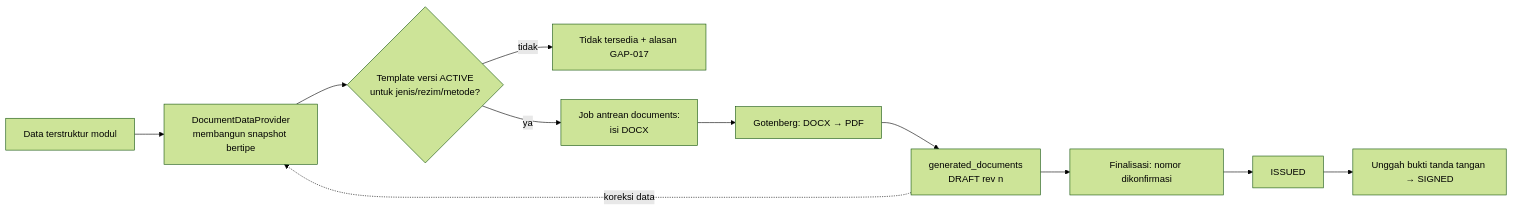
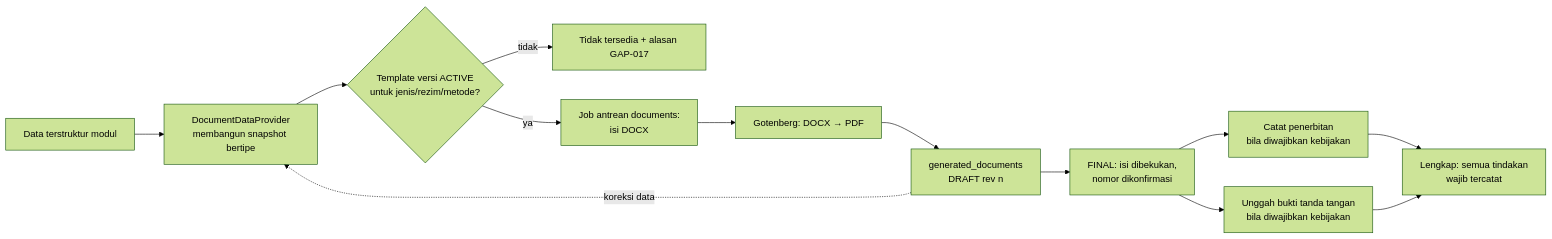
The diagram in docs/04-architecture/DOCUMENT_ENGINE.md (yusufarst/PRANATA-UNY), drawn with Mermaid (forest theme) before and after one commit. The commit also changed other lines of this file and 101 other files, not shown here.

````diff
--- a/docs/04-architecture/DOCUMENT_ENGINE.md
+++ b/docs/04-architecture/DOCUMENT_ENGINE.md
@@ -9,13 +9,15 @@
 ```mermaid
 flowchart LR
   A[Data terstruktur modul] --> B[DocumentDataProvider<br/>membangun snapshot bertipe]
   B --> C{Template versi ACTIVE<br/>untuk jenis/rezim/metode?}
   C -- tidak --> X[Tidak tersedia + alasan GAP-017]
   C -- ya --> D[Job antrean documents:<br/>isi DOCX]
   D --> E[Gotenberg: DOCX → PDF]
   E --> F[generated_documents<br/>DRAFT rev n]
-  F --> G[Finalisasi: nomor dikonfirmasi]
-  G --> H[ISSUED]
-  H --> I[Unggah bukti tanda tangan → SIGNED]
+  F --> G[FINAL: isi dibekukan,<br/>nomor dikonfirmasi]
+  G --> H[Catat penerbitan<br/>bila diwajibkan kebijakan]
+  G --> I[Unggah bukti tanda tangan<br/>bila diwajibkan kebijakan]
+  H --> J[Lengkap: semua tindakan<br/>wajib tercatat]
+  I --> J
   F -. koreksi data .-> B
 ```
````
